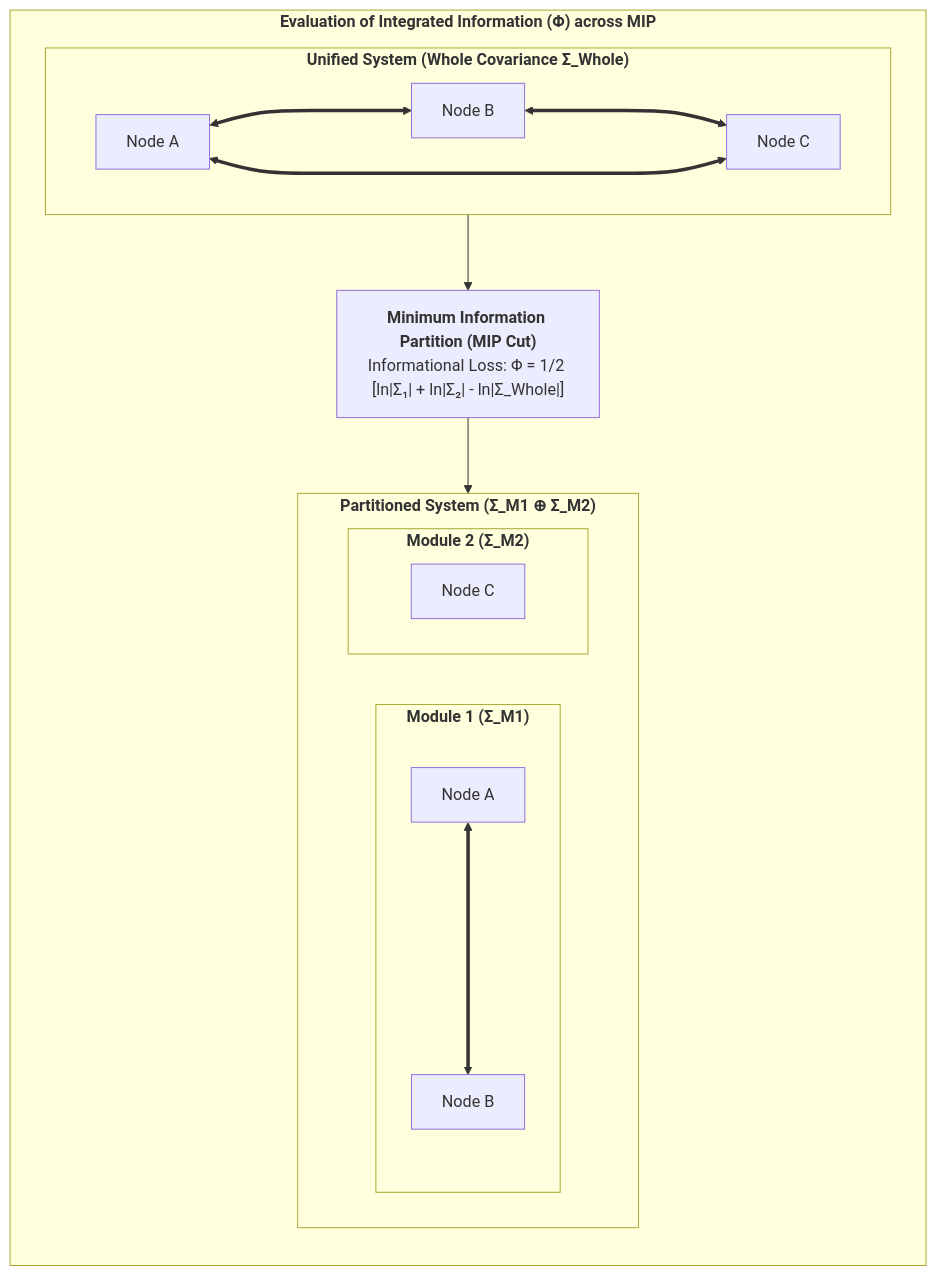
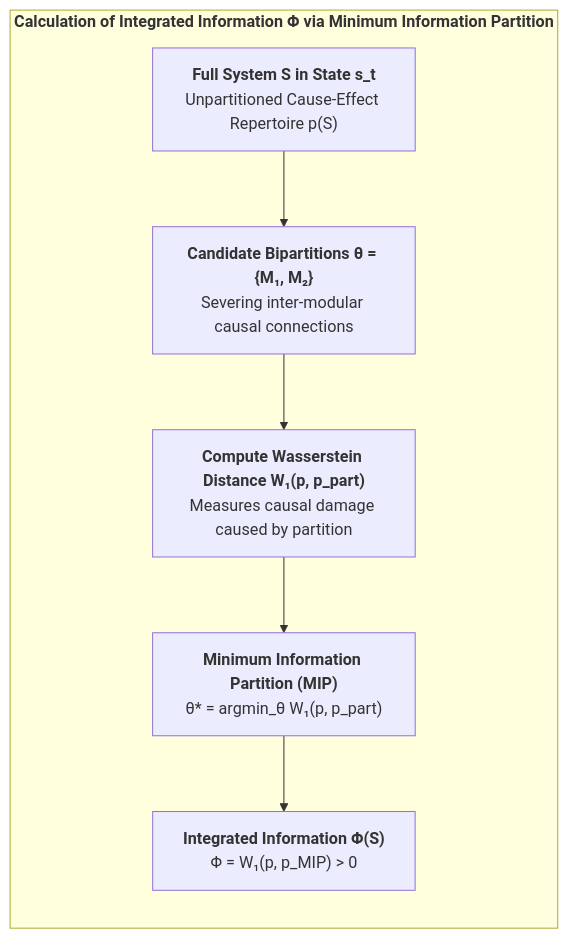
The third of 7 diagrams in book/manuscript_en/03_first_person_interiority_iit4_and_6th_axiom.md (Thriebl/active-inference-phi-network), drawn with Mermaid before and after one commit. The commit also changed other lines of this file and 19 other files, not shown here.

````diff
--- a/book/manuscript_en/03_first_person_interiority_iit4_and_6th_axiom.md
+++ b/book/manuscript_en/03_first_person_interiority_iit4_and_6th_axiom.md
@@ -39,25 +110,18 @@
 ```mermaid
 flowchart TD
-    subgraph MIP_EVAL["<b>Evaluation of Integrated Information (Φ) across MIP</b>"]
+    subgraph MIP_CALC["<b>Calculation of Integrated Information Φ via Minimum Information Partition</b>"]
         direction TB
         
-        subgraph WHOLE["<b>Unified System (Whole Covariance Σ_Whole)</b>"]
-            A1["Node A"] <===> B1["Node B"]
-            B1 <===> C1["Node C"]
-            C1 <===> A1
-        end
+        SYS["<b>Full System S in State s_t</b><br>Unpartitioned Cause-Effect Repertoire p(S)"]
         
-        CUT["<b>Minimum Information Partition (MIP Cut)</b><br>Informational Loss: Φ = 1/2 [ln|Σ₁| + ln|Σ₂| - ln|Σ_Whole|]"]
+        PART["<b>Candidate Bipartitions θ = {M₁, M₂}</b><br>Severing inter-modular causal connections"]
         
-        subgraph PARTITIONED["<b>Partitioned System (Σ_M1 ⊕ Σ_M2)</b>"]
-            subgraph M1["<b>Module 1 (Σ_M1)</b>"]
-                A2["Node A"] <===> B2["Node B"]
-            end
-            subgraph M2["<b>Module 2 (Σ_M2)</b>"]
-                C2["Node C"]
-            end
-        end
+        W1_EVAL["<b>Compute Wasserstein Distance W₁(p, p_part)</b><br>Measures causal damage caused by partition"]
         
-        WHOLE --> CUT --> PARTITIONED
+        MIP["<b>Minimum Information Partition (MIP)</b><br>θ* = argmin_θ W₁(p, p_part)"]
+        
+        PHI["<b>Integrated Information Φ(S)</b><br>Φ = W₁(p, p_MIP) > 0"]
+        
+        SYS --> PART --> W1_EVAL --> MIP --> PHI
     end
 ```
````
